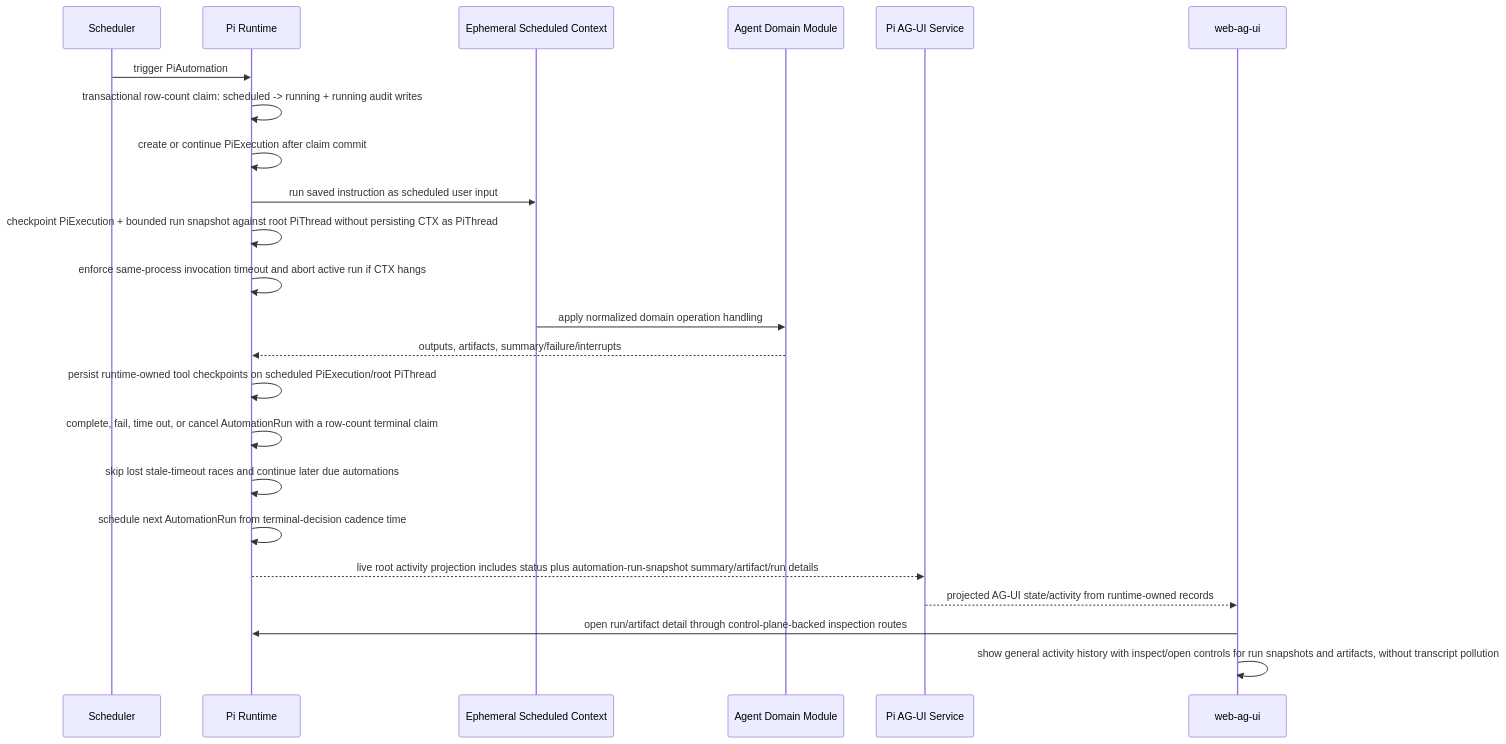
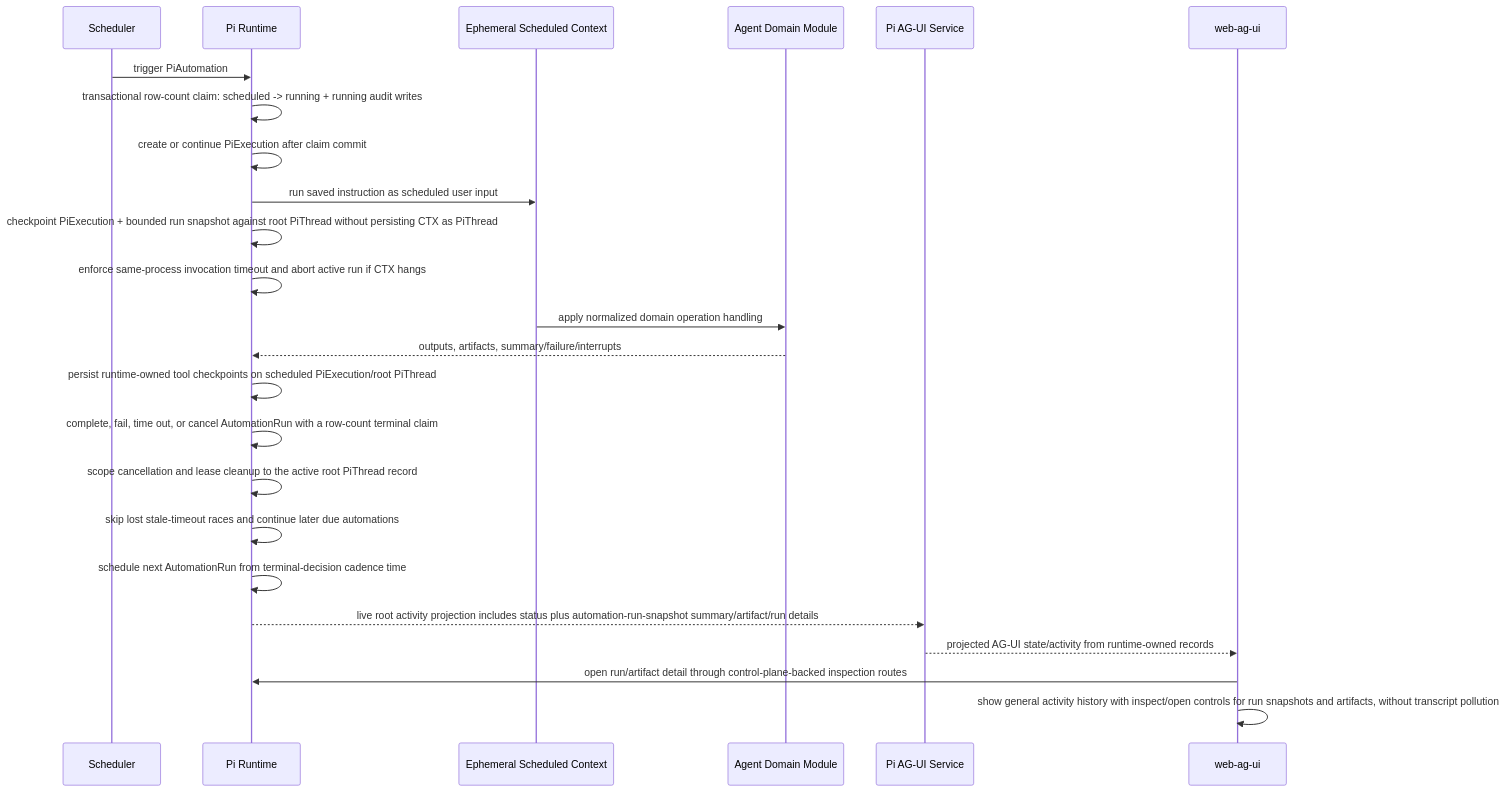
Before and after one commit to EmberAGI/arbitrum-vibekit: the sixth of 7 diagrams in typescript/clients/web-ag-ui/docs/c4-pi-runtime-architecture-and-boundaries.md, drawn with Mermaid. The commit also changed 7 other files, not shown here.

Commit message:
fix(agent-runtime): scope automation cancellation

````diff
--- a/typescript/clients/web-ag-ui/docs/c4-pi-runtime-architecture-and-boundaries.md
+++ b/typescript/clients/web-ag-ui/docs/c4-pi-runtime-architecture-and-boundaries.md
@@ -339,26 +339,27 @@
 ```mermaid
 sequenceDiagram
   participant SCH as Scheduler
   participant RT as Pi Runtime
   participant CTX as Ephemeral Scheduled Context
   participant DM as Agent Domain Module
   participant AG as Pi AG-UI Service
   participant Web as web-ag-ui
 
   SCH->>RT: trigger PiAutomation
   RT->>RT: transactional row-count claim: scheduled -> running + running audit writes
   RT->>RT: create or continue PiExecution after claim commit
   RT->>CTX: run saved instruction as scheduled user input
   RT->>RT: checkpoint PiExecution + bounded run snapshot against root PiThread without persisting CTX as PiThread
   RT->>RT: enforce same-process invocation timeout and abort active run if CTX hangs
   CTX->>DM: apply normalized domain operation handling
   DM-->>RT: outputs, artifacts, summary/failure/interrupts
   RT->>RT: persist runtime-owned tool checkpoints on scheduled PiExecution/root PiThread
   RT->>RT: complete, fail, time out, or cancel AutomationRun with a row-count terminal claim
+  RT->>RT: scope cancellation and lease cleanup to the active root PiThread record
   RT->>RT: skip lost stale-timeout races and continue later due automations
   RT->>RT: schedule next AutomationRun from terminal-decision cadence time
   RT-->>AG: live root activity projection includes status plus automation-run-snapshot summary/artifact/run details
   AG-->>Web: projected AG-UI state/activity from runtime-owned records
   Web->>RT: open run/artifact detail through control-plane-backed inspection routes
   Web->>Web: show general activity history with inspect/open controls for run snapshots and artifacts, without transcript pollution
 ```
````
